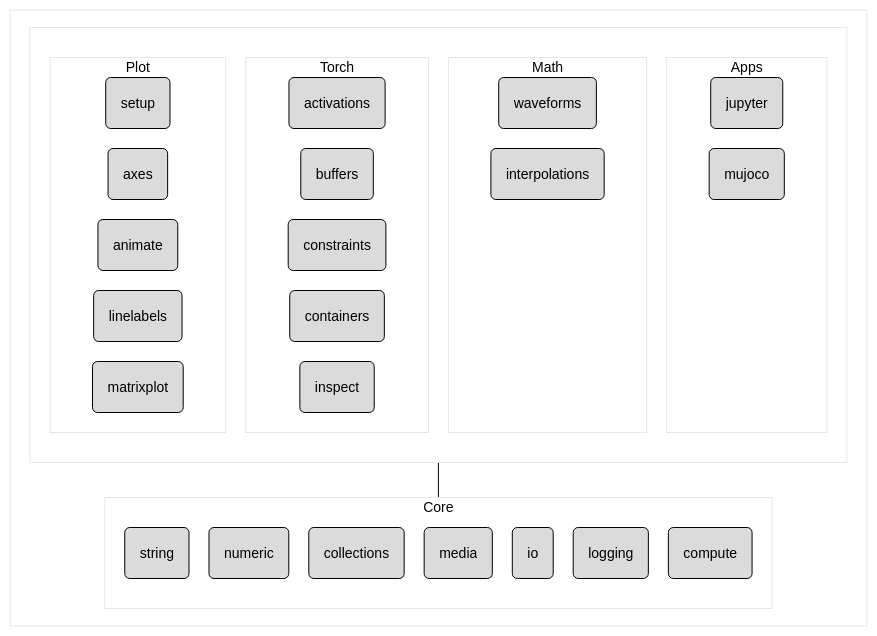
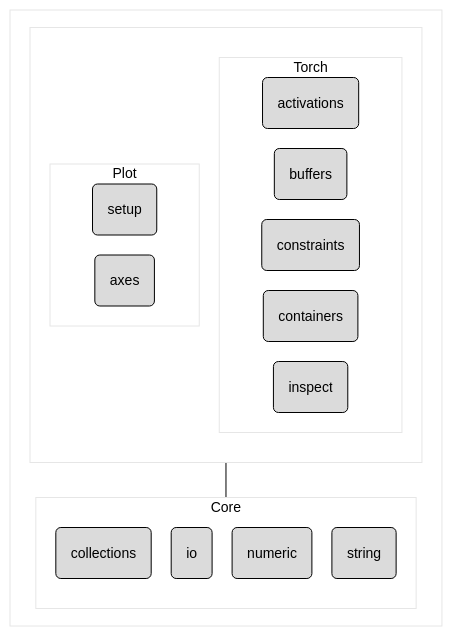
Before and after one commit to nikhilxb/bursting: the diagram in libs/utils/README.md, drawn with Mermaid. The commit also changed 2 other files, not shown here.

Commit message:
Add notebooks. Update usage docs.

```diff
--- a/libs/utils/README.md
+++ b/libs/utils/README.md
@@ -35,35 +35,14 @@
 
     subgraph sg_base[Core]
       direction BT
+      collections(collections)
+      io(io)
+      numeric(numeric)
       string(string)
-      numeric(numeric)
-      collections(collections)
-      media(media)
-      io(io)
-      logging(logging)
-      compute(compute)
     end
 
     subgraph sg_1[ ]
       direction BT
-
-      subgraph sg_apps[Apps]
-        direction LR
-        jupyter(jupyter)
-        mujoco(mujoco)
-        a1( ):::vspace
-        a2( ):::vspace
-        a3( ):::vspace
-      end
-
-      subgraph sg_math[Math]
-        direction LR
-        waveforms(waveforms)
-        interpolations(interpolations)
-        m1( ):::vspace
-        m2( ):::vspace
-        m3( ):::vspace
-      end
 
       subgraph sg_torch[Torch]
         direction LR
@@ -78,9 +57,6 @@
         direction LR
         setup(setup)
         axes(axes)
-        animate(animate)
-        linelabels(linelabels)
-        matrixplot(matrixplot)
       end
     end
 
```
